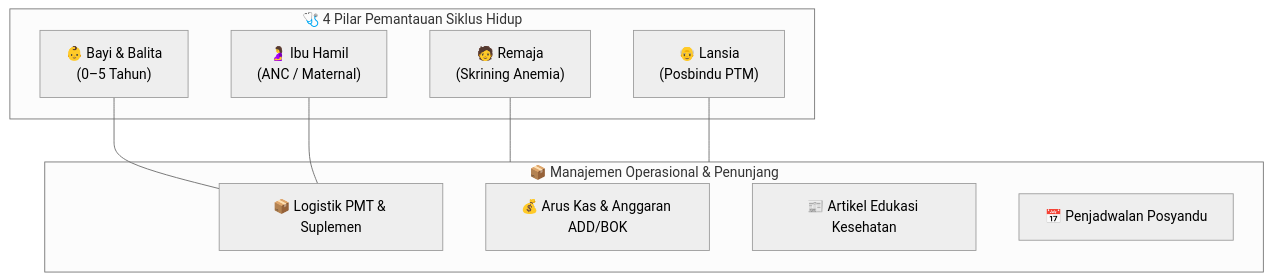
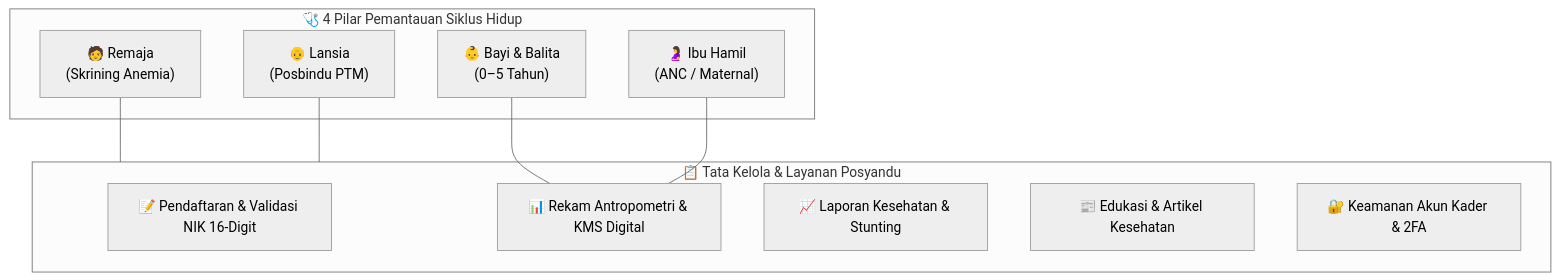
The first of 4 diagrams in README.md (Adi-code18/E-posyandu_web), drawn with Mermaid (neutral theme) before and after one commit. The commit also changed other lines of this file and 18 other files, not shown here.

````diff
--- a/README.md
+++ b/README.md
@@ -68,21 +68,22 @@
 ```mermaid
 flowchart TD
     subgraph SIKLUS_HIDUP[" 🩺 4 Pilar Pemantauan Siklus Hidup "]
         B["👶 Bayi & Balita<br/>(0–5 Tahun)"]
         H["🤰 Ibu Hamil<br/>(ANC / Maternal)"]
         R["🧑 Remaja<br/>(Skrining Anemia)"]
         L["👴 Lansia<br/>(Posbindu PTM)"]
     end
 
-    subgraph DUKUNGAN[" 📦 Manajemen Operasional & Penunjang "]
-        LOG["📦 Logistik PMT & Suplemen"]
-        KAS["💰 Arus Kas & Anggaran ADD/BOK"]
-        EDU["📰 Artikel Edukasi Kesehatan"]
-        JAD["📅 Penjadwalan Posyandu"]
+    subgraph PELAYANAN[" 📋 Tata Kelola & Layanan Posyandu "]
+        REG["📝 Pendaftaran & Validasi NIK 16-Digit"]
+        REC["📊 Rekam Antropometri & KMS Digital"]
+        LAP["📈 Laporan Kesehatan & Stunting"]
+        EDU["📰 Edukasi & Artikel Kesehatan"]
+        SEC["🔐 Keamanan Akun Kader & 2FA"]
     end
 
-    B --- LOG
-    H --- LOG
-    R --- DUKUNGAN
-    L --- DUKUNGAN
+    B --- REC
+    H --- REC
+    R --- PELAYANAN
+    L --- PELAYANAN
 ```
````
